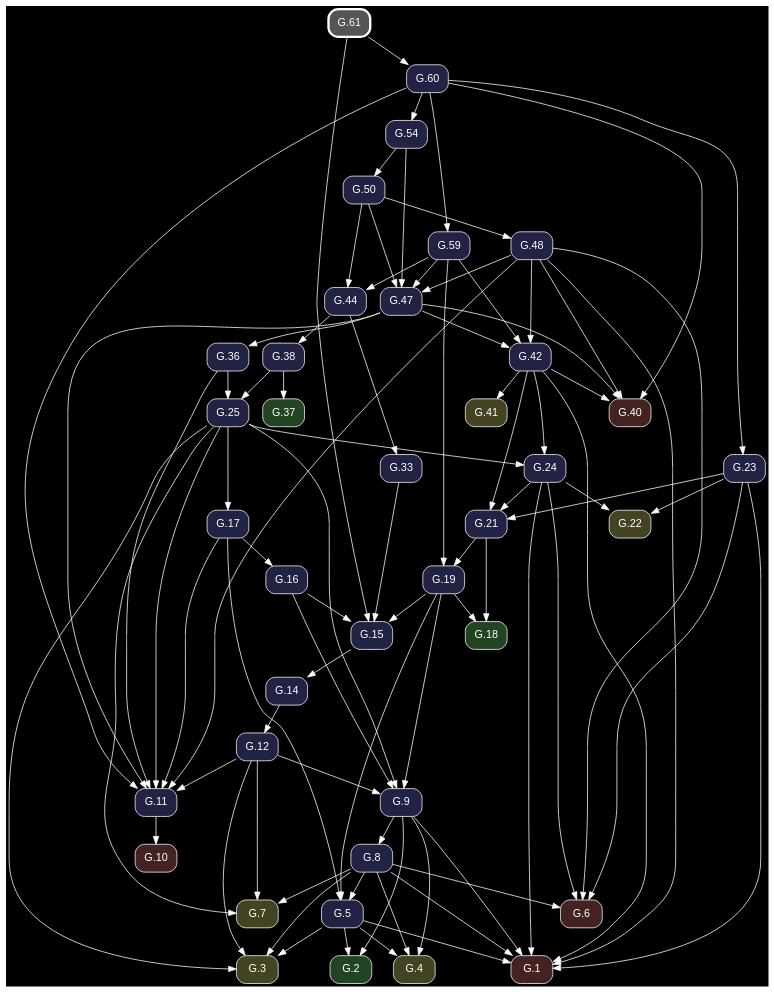
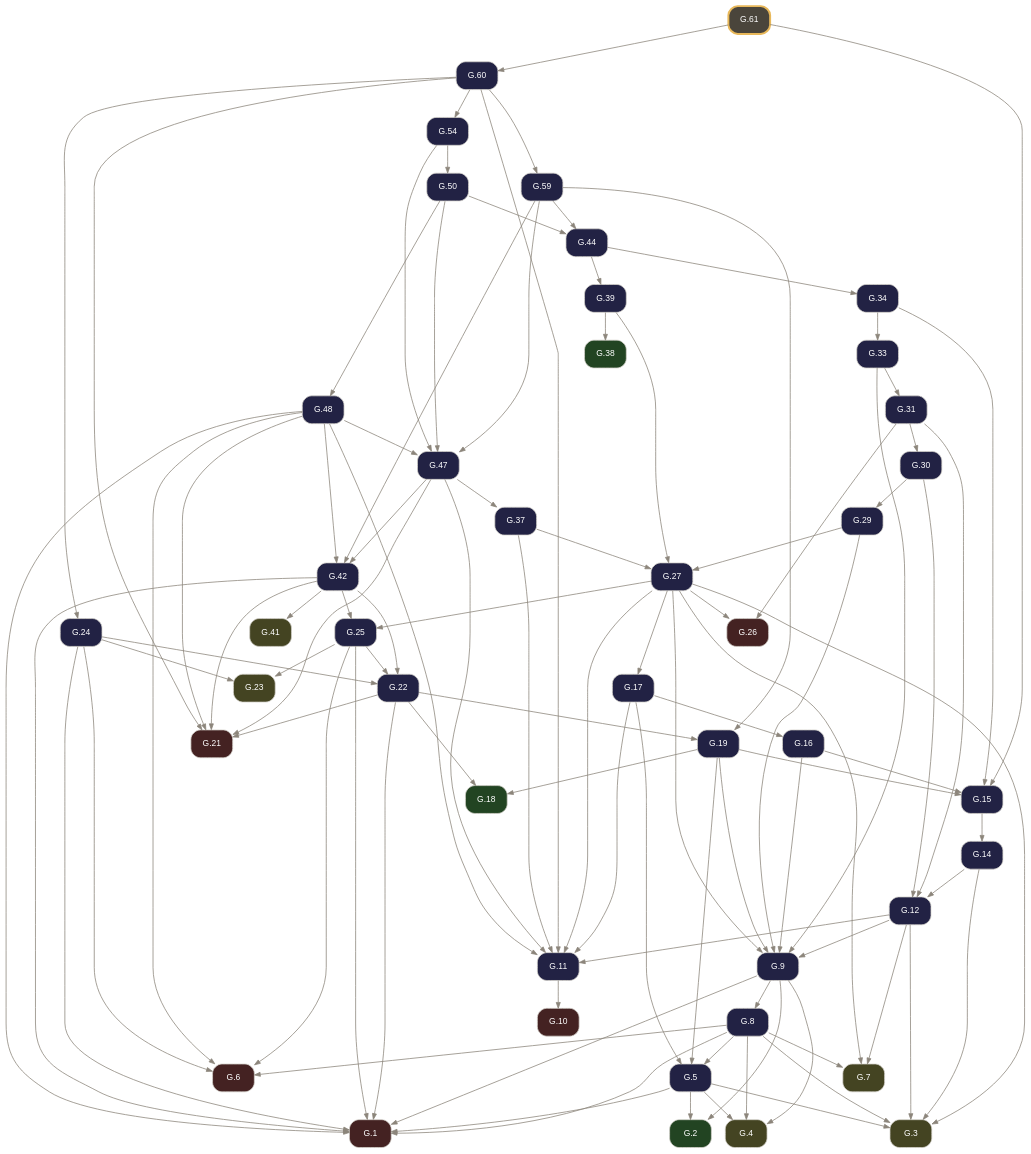
Before and after one commit to geometor/elements: the diagram in docsrc/elements2/G.61/index.rst, drawn with Graphviz. The commit also changed other lines of this file and 261 other files, not shown here.

Commit message:
feat: rebuild Elements 2.0 G-Index pipeline from composed Euclid Heath edition (v0.3.0)

```diff
--- a/docsrc/elements2/G.61/index.rst
+++ b/docsrc/elements2/G.61/index.rst
@@ -44,130 +69,149 @@
 .. graphviz::
 
    digraph {
-     bgcolor="black";
-     node [shape=box, style="rounded,filled", fontname="Helvetica", color="white", fontcolor="white"];
-     edge [color="white", fontcolor="white"];
+     bgcolor="transparent";
+     node [shape=box, style="rounded,filled", fontname="Helvetica", fontsize=11, color="#d6d3cd", fontcolor="#ffffff"];
+     edge [color="#8c857b", fontcolor="#8c857b", arrowsize=0.75];
      rankdir="TB";
-     "G.50" [label="G.50", fillcolor="#222244", URL="/elements2/G.50/", target="_top"];
-     "G.19" [label="G.19", fillcolor="#222244", URL="/elements2/G.19/", target="_top"];
-     "G.21" [label="G.21", fillcolor="#222244", URL="/elements2/G.21/", target="_top"];
-     "G.24" [label="G.24", fillcolor="#222244", URL="/elements2/G.24/", target="_top"];
-     "G.10" [label="G.10", fillcolor="#442222", URL="/elements2/G.10/", target="_top"];
-     "G.42" [label="G.42", fillcolor="#222244", URL="/elements2/G.42/", target="_top"];
-     "G.3" [label="G.3", fillcolor="#444422", URL="/elements2/G.3/", target="_top"];
-     "G.15" [label="G.15", fillcolor="#222244", URL="/elements2/G.15/", target="_top"];
-     "G.17" [label="G.17", fillcolor="#222244", URL="/elements2/G.17/", target="_top"];
-     "G.5" [label="G.5", fillcolor="#222244", URL="/elements2/G.5/", target="_top"];
-     "G.61" [label="G.61", penwidth=3, color="white", fillcolor="#555555", URL="/elements2/G.61/", target="_top"];
-     "G.1" [label="G.1", fillcolor="#442222", URL="/elements2/G.1/", target="_top"];
-     "G.2" [label="G.2", fillcolor="#224422", URL="/elements2/G.2/", target="_top"];
-     "G.12" [label="G.12", fillcolor="#222244", URL="/elements2/G.12/", target="_top"];
-     "G.22" [label="G.22", fillcolor="#444422", URL="/elements2/G.22/", target="_top"];
-     "G.54" [label="G.54", fillcolor="#222244", URL="/elements2/G.54/", target="_top"];
-     "G.60" [label="G.60", fillcolor="#222244", URL="/elements2/G.60/", target="_top"];
-     "G.8" [label="G.8", fillcolor="#222244", URL="/elements2/G.8/", target="_top"];
-     "G.25" [label="G.25", fillcolor="#222244", URL="/elements2/G.25/", target="_top"];
-     "G.18" [label="G.18", fillcolor="#224422", URL="/elements2/G.18/", target="_top"];
-     "G.59" [label="G.59", fillcolor="#222244", URL="/elements2/G.59/", target="_top"];
-     "G.40" [label="G.40", fillcolor="#442222", URL="/elements2/G.40/", target="_top"];
-     "G.4" [label="G.4", fillcolor="#444422", URL="/elements2/G.4/", target="_top"];
-     "G.16" [label="G.16", fillcolor="#222244", URL="/elements2/G.16/", target="_top"];
-     "G.6" [label="G.6", fillcolor="#442222", URL="/elements2/G.6/", target="_top"];
-     "G.38" [label="G.38", fillcolor="#222244", URL="/elements2/G.38/", target="_top"];
-     "G.48" [label="G.48", fillcolor="#222244", URL="/elements2/G.48/", target="_top"];
-     "G.7" [label="G.7", fillcolor="#444422", URL="/elements2/G.7/", target="_top"];
-     "G.23" [label="G.23", fillcolor="#222244", URL="/elements2/G.23/", target="_top"];
-     "G.41" [label="G.41", fillcolor="#444422", URL="/elements2/G.41/", target="_top"];
-     "G.14" [label="G.14", fillcolor="#222244", URL="/elements2/G.14/", target="_top"];
-     "G.36" [label="G.36", fillcolor="#222244", URL="/elements2/G.36/", target="_top"];
-     "G.9" [label="G.9", fillcolor="#222244", URL="/elements2/G.9/", target="_top"];
-     "G.37" [label="G.37", fillcolor="#224422", URL="/elements2/G.37/", target="_top"];
-     "G.11" [label="G.11", fillcolor="#222244", URL="/elements2/G.11/", target="_top"];
-     "G.44" [label="G.44", fillcolor="#222244", URL="/elements2/G.44/", target="_top"];
-     "G.33" [label="G.33", fillcolor="#222244", URL="/elements2/G.33/", target="_top"];
-     "G.47" [label="G.47", fillcolor="#222244", URL="/elements2/G.47/", target="_top"];
-     "G.54" -> "G.50";
-     "G.59" -> "G.19";
-     "G.21" -> "G.19";
-     "G.24" -> "G.21";
-     "G.23" -> "G.21";
-     "G.42" -> "G.21";
-     "G.25" -> "G.24";
-     "G.42" -> "G.24";
-     "G.11" -> "G.10";
-     "G.47" -> "G.42";
-     "G.59" -> "G.42";
-     "G.48" -> "G.42";
+     "G.1" [label="G.1", tooltip="G.1 (I.cn.1)", fillcolor="#442222", URL="../G.1/index.html", target="_top"];
+     "G.2" [label="G.2", tooltip="G.2 (I.def.15)", fillcolor="#224422", URL="../G.2/index.html", target="_top"];
+     "G.3" [label="G.3", tooltip="G.3 (I.post.1)", fillcolor="#444422", URL="../G.3/index.html", target="_top"];
+     "G.4" [label="G.4", tooltip="G.4 (I.post.3)", fillcolor="#444422", URL="../G.4/index.html", target="_top"];
+     "G.5" [label="G.5", tooltip="G.5 (I.1)", fillcolor="#222244", URL="../G.5/index.html", target="_top"];
+     "G.6" [label="G.6", tooltip="G.6 (I.cn.3)", fillcolor="#442222", URL="../G.6/index.html", target="_top"];
+     "G.7" [label="G.7", tooltip="G.7 (I.post.2)", fillcolor="#444422", URL="../G.7/index.html", target="_top"];
+     "G.8" [label="G.8", tooltip="G.8 (I.2)", fillcolor="#222244", URL="../G.8/index.html", target="_top"];
+     "G.9" [label="G.9", tooltip="G.9 (I.3)", fillcolor="#222244", URL="../G.9/index.html", target="_top"];
+     "G.10" [label="G.10", tooltip="G.10 (I.cn.4)", fillcolor="#442222", URL="../G.10/index.html", target="_top"];
+     "G.11" [label="G.11", tooltip="G.11 (I.4)", fillcolor="#222244", URL="../G.11/index.html", target="_top"];
+     "G.12" [label="G.12", tooltip="G.12 (I.5)", fillcolor="#222244", URL="../G.12/index.html", target="_top"];
+     "G.14" [label="G.14", tooltip="G.14 (I.7)", fillcolor="#222244", URL="../G.14/index.html", target="_top"];
+     "G.15" [label="G.15", tooltip="G.15 (I.8)", fillcolor="#222244", URL="../G.15/index.html", target="_top"];
+     "G.16" [label="G.16", tooltip="G.16 (I.9)", fillcolor="#222244", URL="../G.16/index.html", target="_top"];
+     "G.17" [label="G.17", tooltip="G.17 (I.10)", fillcolor="#222244", URL="../G.17/index.html", target="_top"];
+     "G.18" [label="G.18", tooltip="G.18 (I.def.10)", fillcolor="#224422", URL="../G.18/index.html", target="_top"];
+     "G.19" [label="G.19", tooltip="G.19 (I.11)", fillcolor="#222244", URL="../G.19/index.html", target="_top"];
+     "G.21" [label="G.21", tooltip="G.21 (I.cn.2)", fillcolor="#442222", URL="../G.21/index.html", target="_top"];
+     "G.22" [label="G.22", tooltip="G.22 (I.13)", fillcolor="#222244", URL="../G.22/index.html", target="_top"];
+     "G.23" [label="G.23", tooltip="G.23 (I.post.4)", fillcolor="#444422", URL="../G.23/index.html", target="_top"];
+     "G.24" [label="G.24", tooltip="G.24 (I.14)", fillcolor="#222244", URL="../G.24/index.html", target="_top"];
+     "G.25" [label="G.25", tooltip="G.25 (I.15)", fillcolor="#222244", URL="../G.25/index.html", target="_top"];
+     "G.26" [label="G.26", tooltip="G.26 (I.cn.5)", fillcolor="#442222", URL="../G.26/index.html", target="_top"];
+     "G.27" [label="G.27", tooltip="G.27 (I.16)", fillcolor="#222244", URL="../G.27/index.html", target="_top"];
+     "G.29" [label="G.29", tooltip="G.29 (I.18)", fillcolor="#222244", URL="../G.29/index.html", target="_top"];
+     "G.30" [label="G.30", tooltip="G.30 (I.19)", fillcolor="#222244", URL="../G.30/index.html", target="_top"];
+     "G.31" [label="G.31", tooltip="G.31 (I.20)", fillcolor="#222244", URL="../G.31/index.html", target="_top"];
+     "G.33" [label="G.33", tooltip="G.33 (I.22)", fillcolor="#222244", URL="../G.33/index.html", target="_top"];
+     "G.34" [label="G.34", tooltip="G.34 (I.23)", fillcolor="#222244", URL="../G.34/index.html", target="_top"];
+     "G.37" [label="G.37", tooltip="G.37 (I.26)", fillcolor="#222244", URL="../G.37/index.html", target="_top"];
+     "G.38" [label="G.38", tooltip="G.38 (I.def.23)", fillcolor="#224422", URL="../G.38/index.html", target="_top"];
+     "G.39" [label="G.39", tooltip="G.39 (I.27)", fillcolor="#222244", URL="../G.39/index.html", target="_top"];
+     "G.41" [label="G.41", tooltip="G.41 (I.post.5)", fillcolor="#444422", URL="../G.41/index.html", target="_top"];
+     "G.42" [label="G.42", tooltip="G.42 (I.29)", fillcolor="#222244", URL="../G.42/index.html", target="_top"];
+     "G.44" [label="G.44", tooltip="G.44 (I.31)", fillcolor="#222244", URL="../G.44/index.html", target="_top"];
+     "G.47" [label="G.47", tooltip="G.47 (I.34)", fillcolor="#222244", URL="../G.47/index.html", target="_top"];
+     "G.48" [label="G.48", tooltip="G.48 (I.35)", fillcolor="#222244", URL="../G.48/index.html", target="_top"];
+     "G.50" [label="G.50", tooltip="G.50 (I.37)", fillcolor="#222244", URL="../G.50/index.html", target="_top"];
+     "G.54" [label="G.54", tooltip="G.54 (I.41)", fillcolor="#222244", URL="../G.54/index.html", target="_top"];
+     "G.59" [label="G.59", tooltip="G.59 (I.46)", fillcolor="#222244", URL="../G.59/index.html", target="_top"];
+     "G.60" [label="G.60", tooltip="G.60 (I.47)", fillcolor="#222244", URL="../G.60/index.html", target="_top"];
+     "G.61" [label="G.61", tooltip="G.61 (I.48)", penwidth=2.5, color="#e8b85a", fillcolor="#4a453b", URL="index.html", target="_top"];
+     "G.5" -> "G.1";
+     "G.8" -> "G.1";
+     "G.9" -> "G.1";
+     "G.22" -> "G.1";
+     "G.24" -> "G.1";
+     "G.25" -> "G.1";
+     "G.42" -> "G.1";
+     "G.48" -> "G.1";
+     "G.5" -> "G.2";
+     "G.9" -> "G.2";
      "G.5" -> "G.3";
-     "G.25" -> "G.3";
      "G.8" -> "G.3";
      "G.12" -> "G.3";
-     "G.19" -> "G.15";
-     "G.61" -> "G.15";
-     "G.16" -> "G.15";
-     "G.33" -> "G.15";
-     "G.25" -> "G.17";
-     "G.19" -> "G.5";
-     "G.8" -> "G.5";
-     "G.17" -> "G.5";
-     "G.5" -> "G.1";
-     "G.24" -> "G.1";
-     "G.48" -> "G.1";
-     "G.8" -> "G.1";
-     "G.23" -> "G.1";
-     "G.42" -> "G.1";
-     "G.9" -> "G.1";
-     "G.5" -> "G.2";
-     "G.9" -> "G.2";
-     "G.14" -> "G.12";
-     "G.24" -> "G.22";
-     "G.23" -> "G.22";
-     "G.60" -> "G.54";
-     "G.61" -> "G.60";
-     "G.9" -> "G.8";
-     "G.36" -> "G.25";
-     "G.38" -> "G.25";
-     "G.19" -> "G.18";
-     "G.21" -> "G.18";
-     "G.60" -> "G.59";
-     "G.47" -> "G.40";
-     "G.48" -> "G.40";
-     "G.60" -> "G.40";
-     "G.42" -> "G.40";
+     "G.14" -> "G.3";
+     "G.27" -> "G.3";
      "G.5" -> "G.4";
      "G.8" -> "G.4";
      "G.9" -> "G.4";
-     "G.17" -> "G.16";
+     "G.8" -> "G.5";
+     "G.17" -> "G.5";
+     "G.19" -> "G.5";
+     "G.8" -> "G.6";
      "G.24" -> "G.6";
+     "G.25" -> "G.6";
      "G.48" -> "G.6";
-     "G.8" -> "G.6";
-     "G.23" -> "G.6";
-     "G.44" -> "G.38";
-     "G.50" -> "G.48";
-     "G.25" -> "G.7";
      "G.8" -> "G.7";
      "G.12" -> "G.7";
-     "G.60" -> "G.23";
-     "G.42" -> "G.41";
-     "G.15" -> "G.14";
-     "G.47" -> "G.36";
+     "G.27" -> "G.7";
+     "G.9" -> "G.8";
+     "G.12" -> "G.9";
+     "G.16" -> "G.9";
      "G.19" -> "G.9";
-     "G.25" -> "G.9";
-     "G.16" -> "G.9";
-     "G.12" -> "G.9";
-     "G.38" -> "G.37";
-     "G.36" -> "G.11";
+     "G.27" -> "G.9";
+     "G.29" -> "G.9";
+     "G.33" -> "G.9";
+     "G.11" -> "G.10";
+     "G.12" -> "G.11";
+     "G.17" -> "G.11";
+     "G.27" -> "G.11";
+     "G.37" -> "G.11";
      "G.47" -> "G.11";
      "G.48" -> "G.11";
-     "G.25" -> "G.11";
      "G.60" -> "G.11";
-     "G.17" -> "G.11";
-     "G.12" -> "G.11";
+     "G.14" -> "G.12";
+     "G.30" -> "G.12";
+     "G.31" -> "G.12";
+     "G.15" -> "G.14";
+     "G.16" -> "G.15";
+     "G.19" -> "G.15";
+     "G.34" -> "G.15";
+     "G.61" -> "G.15";
+     "G.17" -> "G.16";
+     "G.27" -> "G.17";
+     "G.19" -> "G.18";
+     "G.22" -> "G.18";
+     "G.22" -> "G.19";
+     "G.59" -> "G.19";
+     "G.22" -> "G.21";
+     "G.42" -> "G.21";
+     "G.47" -> "G.21";
+     "G.48" -> "G.21";
+     "G.60" -> "G.21";
+     "G.24" -> "G.22";
+     "G.25" -> "G.22";
+     "G.42" -> "G.22";
+     "G.24" -> "G.23";
+     "G.25" -> "G.23";
+     "G.60" -> "G.24";
+     "G.27" -> "G.25";
+     "G.42" -> "G.25";
+     "G.27" -> "G.26";
+     "G.31" -> "G.26";
+     "G.29" -> "G.27";
+     "G.37" -> "G.27";
+     "G.39" -> "G.27";
+     "G.30" -> "G.29";
+     "G.31" -> "G.30";
+     "G.33" -> "G.31";
+     "G.34" -> "G.33";
+     "G.44" -> "G.34";
+     "G.47" -> "G.37";
+     "G.39" -> "G.38";
+     "G.44" -> "G.39";
+     "G.42" -> "G.41";
+     "G.47" -> "G.42";
+     "G.48" -> "G.42";
+     "G.59" -> "G.42";
+     "G.50" -> "G.44";
      "G.59" -> "G.44";
-     "G.50" -> "G.44";
-     "G.44" -> "G.33";
-     "G.59" -> "G.47";
-     "G.54" -> "G.47";
      "G.48" -> "G.47";
      "G.50" -> "G.47";
+     "G.54" -> "G.47";
+     "G.59" -> "G.47";
+     "G.50" -> "G.48";
+     "G.54" -> "G.50";
+     "G.60" -> "G.54";
+     "G.60" -> "G.59";
+     "G.61" -> "G.60";
    }
```
